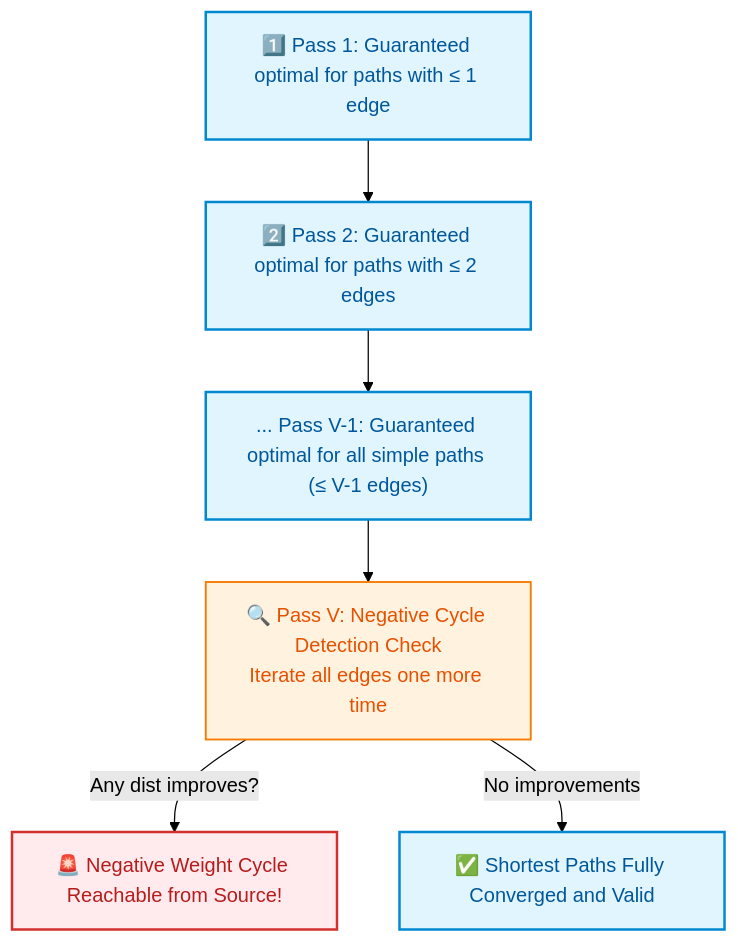
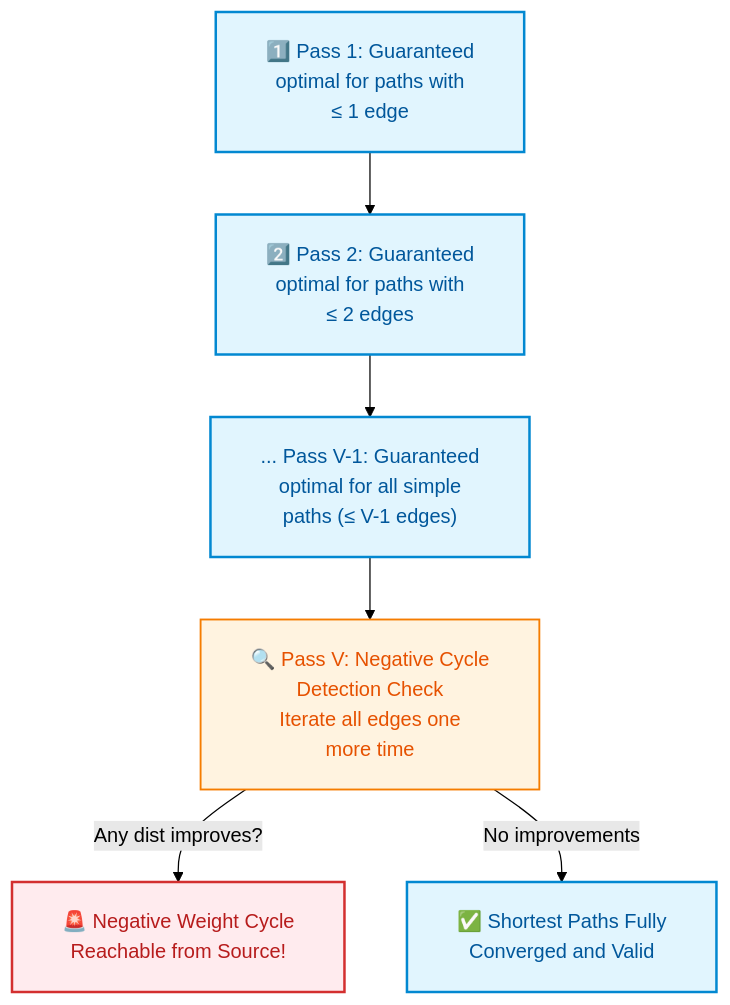
Before and after one commit to dip4k/DSA_102: the sixth of 15 diagrams in week_09_graph_algorithms_i/Week_09_Visual_Concepts_Playbook_HYBRID.md, drawn with Mermaid (forest theme). The commit also changed other lines of this file and 108 other files, not shown here.

First line of the commit message:
fix(mermaid): resolve diagram clipping, padding, and syntax issues across repo

````diff
--- a/week_09_graph_algorithms_i/Week_09_Visual_Concepts_Playbook_HYBRID.md
+++ b/week_09_graph_algorithms_i/Week_09_Visual_Concepts_Playbook_HYBRID.md
@@ -232,13 +237,14 @@
 ```mermaid
+%%{init: {"flowchart": {"htmlLabels": true, "padding": 20}}}%%
 flowchart TD
     classDef pass fill:#e1f5fe,stroke:#0288d1,color:#01579b,stroke-width:2px;
     classDef check fill:#fff3e0,stroke:#f57c00,color:#e65100,stroke-width:1.5px;
     classDef alert fill:#ffebee,stroke:#d32f2f,color:#b71c1c,stroke-width:2px;
 
-    P1["1️⃣ Pass 1: Guaranteed optimal for paths with &le; 1 edge"]:::pass
-    P1 --> P2["2️⃣ Pass 2: Guaranteed optimal for paths with &le; 2 edges"]:::pass
-    P2 --> PV["... Pass V-1: Guaranteed optimal for all simple paths (&le; V-1 edges)"]:::pass
-    PV --> CHK["🔍 Pass V: Negative Cycle Detection Check<br/>Iterate all edges one more time"]:::check
-    CHK -->|Any dist improves?| Alert["🚨 Negative Weight Cycle Reachable from Source!"]:::alert
-    CHK -->|No improvements| Done["✅ Shortest Paths Fully Converged and Valid"]:::pass
+    P1["1️⃣ Pass 1: Guaranteed<br/>optimal for paths with<br/>&le; 1 edge"]:::pass
+    P1 --> P2["2️⃣ Pass 2: Guaranteed<br/>optimal for paths with<br/>&le; 2 edges"]:::pass
+    P2 --> PV["... Pass V-1: Guaranteed<br/>optimal for all simple<br/>paths (&le; V-1 edges)"]:::pass
+    PV --> CHK["🔍 Pass V: Negative Cycle<br/>Detection Check<br/>Iterate all edges one<br/>more time"]:::check
+    CHK -->|Any dist improves?| Alert["🚨 Negative Weight Cycle<br/>Reachable from Source!"]:::alert
+    CHK -->|No improvements| Done["✅ Shortest Paths Fully<br/>Converged and Valid"]:::pass
 ```
````
